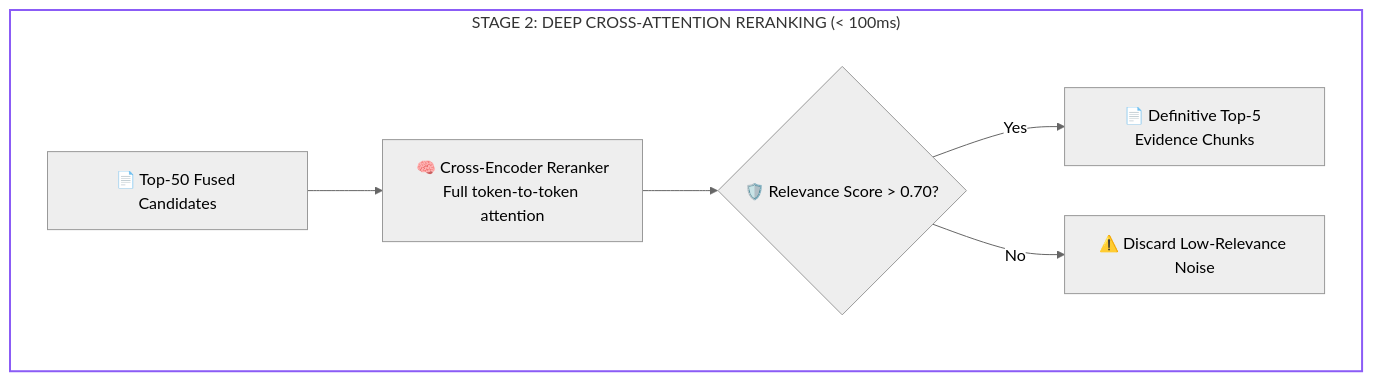
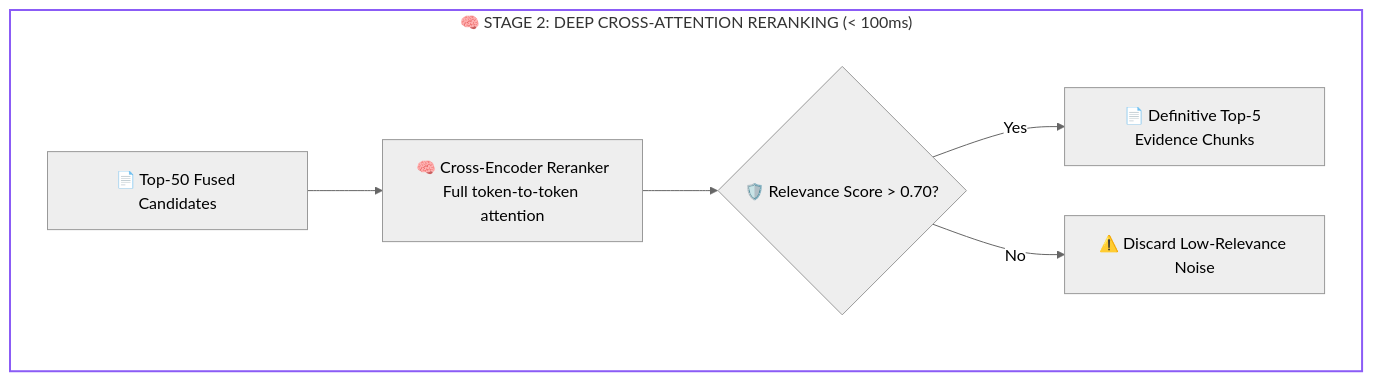
The second of 3 diagrams in 02-rag-and-knowledge-systems/04-reciprocal-rank-fusion-and-cross-encoders.md (dip4k/senior-engineer-to-ai-engineer-roadmap), drawn with Mermaid (neutral theme) before and after one commit. The commit also changed other lines of this file and 94 other files, not shown here.

Commit message:
refactor(curriculum): complete Phase 04 upgrade and enforce diagram renderer invariants

````diff
--- a/02-rag-and-knowledge-systems/04-reciprocal-rank-fusion-and-cross-encoders.md
+++ b/02-rag-and-knowledge-systems/04-reciprocal-rank-fusion-and-cross-encoders.md
@@ -75,10 +75,10 @@
 ```mermaid
 flowchart TD
-    subgraph Stage2["STAGE 2: DEEP CROSS-ATTENTION RERANKING (< 100ms)"]
+    subgraph Stage2["🧠 STAGE 2: DEEP CROSS-ATTENTION RERANKING (< 100ms)"]
         Fused["📄 Top-50 Fused Candidates"] --> Cross["🧠 Cross-Encoder Reranker<br>Full token-to-token attention"]
         Cross --> Filter{"🛡️ Relevance Score > 0.70?"}
         Filter -- "Yes" --> Top5["📄 Definitive Top-5 Evidence Chunks"]
         Filter -- "No" --> Drop["⚠️ Discard Low-Relevance Noise"]
     end
     style Stage2 fill:none,stroke:#8b5cf6,stroke-width:2px;
 ```
````
